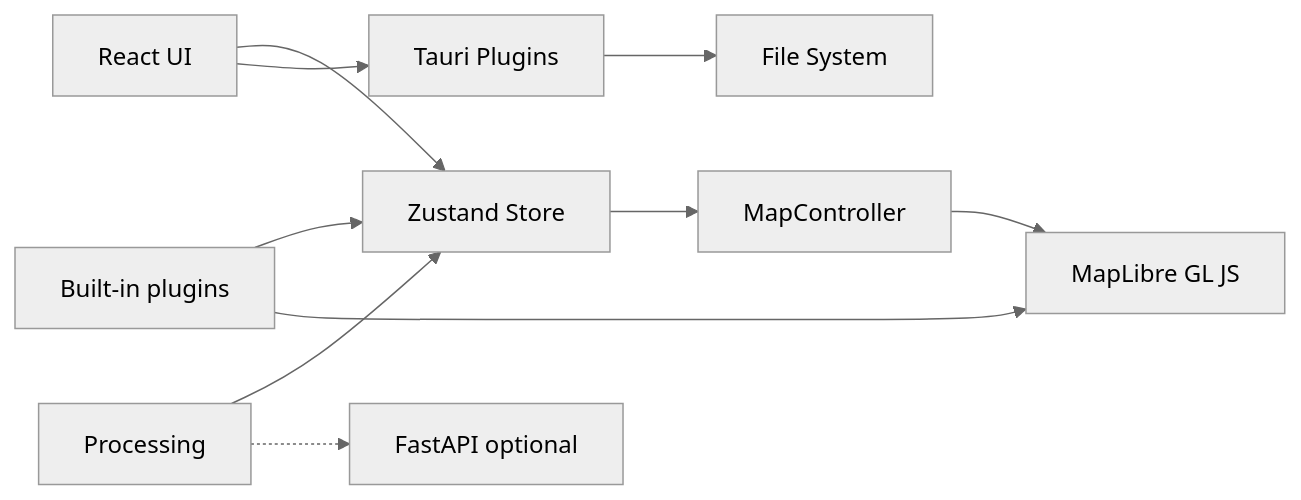
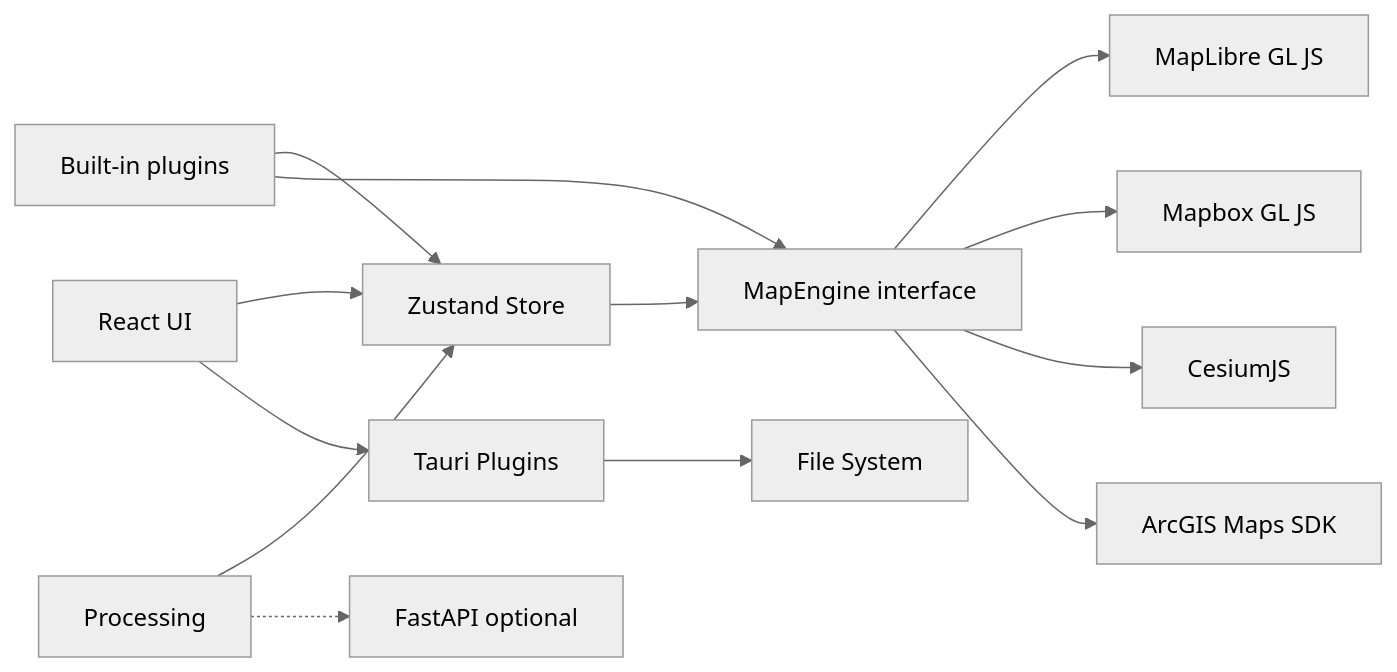
One commit to AItlantis/GeoLibre changed the diagram in docs/architecture.md. Above: the diagram before and after it, drawn with Mermaid (neutral theme). The commit also changed other lines of this file and 15 other files, not shown here.

````diff
--- a/docs/architecture.md
+++ b/docs/architecture.md
@@ -7,12 +7,15 @@
 ```mermaid
 flowchart LR
   UI[React UI] --> Store[Zustand Store]
-  Store --> MapPkg[MapController]
-  MapPkg --> ML[MapLibre GL JS]
+  Store --> Engine[MapEngine interface]
+  Engine --> ML[MapLibre GL JS]
+  Engine --> MB[Mapbox GL JS]
+  Engine --> CZ[CesiumJS]
+  Engine --> AG[ArcGIS Maps SDK]
   Plugins[Built-in plugins] --> Store
-  Plugins --> ML
+  Plugins --> Engine
   UI --> Tauri[Tauri Plugins]
   Tauri --> FS[File System]
   Proc[Processing] --> Store
   Proc -.-> Sidecar[FastAPI optional]
 ```
````
